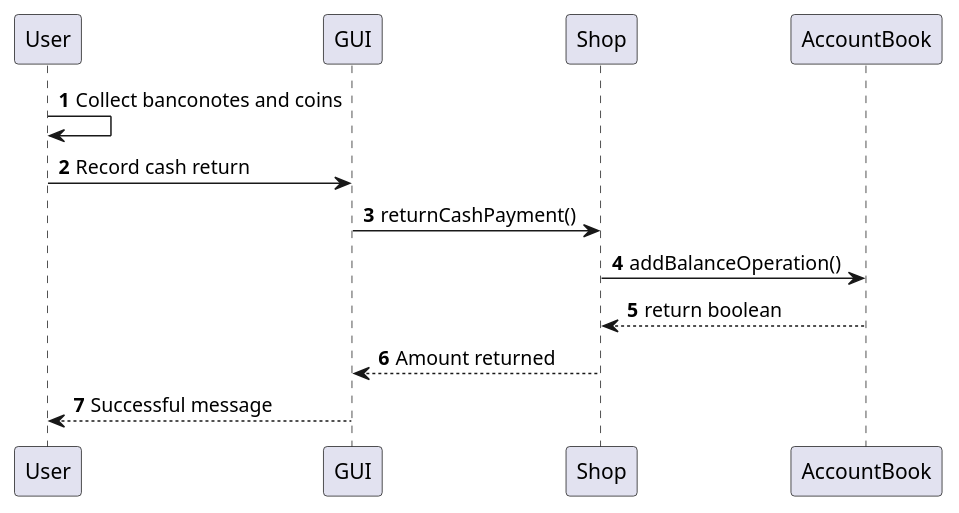
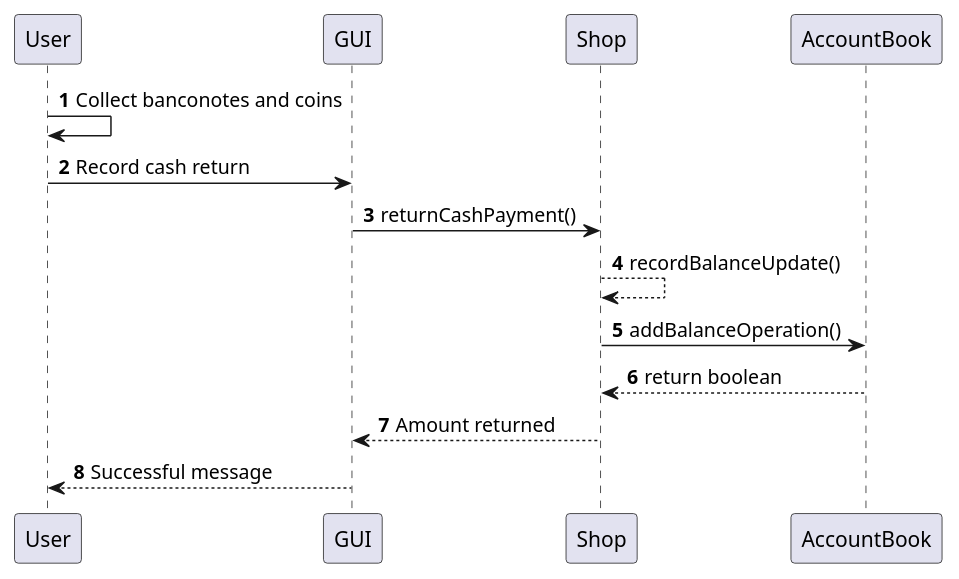
Before and after one commit to Stormz4/group20-EzShop: diagram 18 of 18 in Deliverables/DesignDocument.md, drawn with PlantUML. The commit also changed other lines of this file, not shown here.

Commit message:
Doc: Modified various UC sequence

````diff
--- a/Deliverables/DesignDocument.md
+++ b/Deliverables/DesignDocument.md
@@ -627,12 +595,13 @@
 ```plantuml
 @startuml
 autonumber
 User -> User: Collect banconotes and coins
 User -> GUI: Record cash return
 GUI -> Shop: returnCashPayment()
+Shop --> Shop: recordBalanceUpdate()
 Shop -> AccountBook: addBalanceOperation()
 AccountBook --> Shop: return boolean
 Shop --> GUI: Amount returned
 GUI --> User: Successful message
 @enduml
 ```
````
